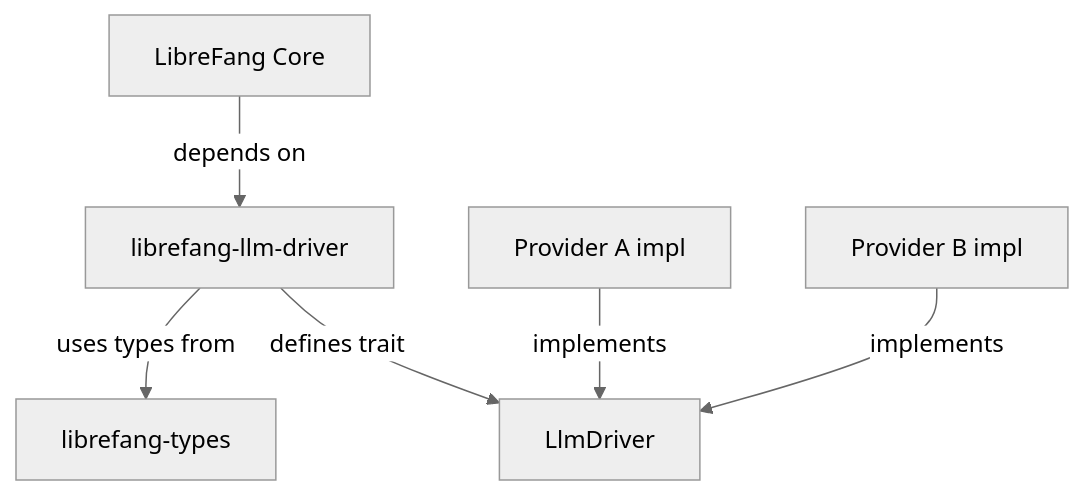
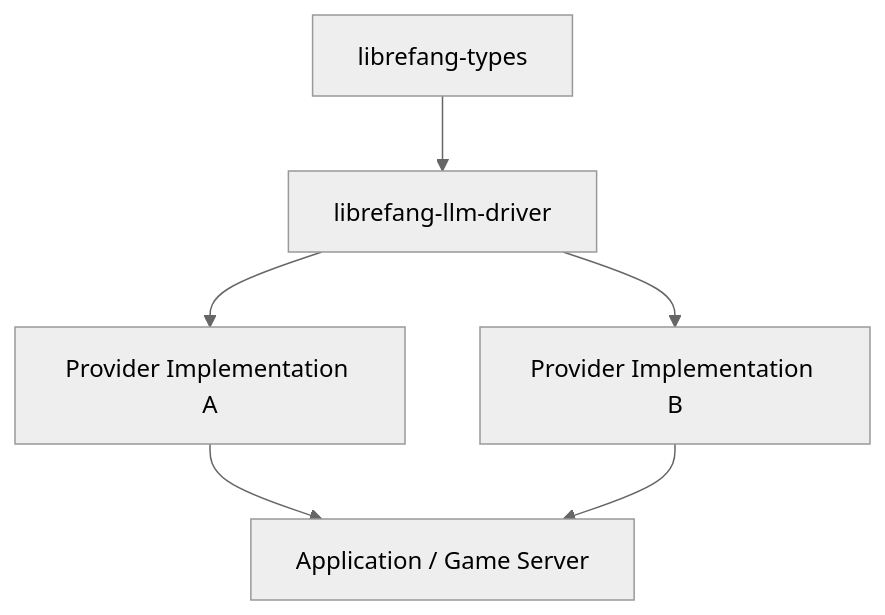
The diagram in other-librefang-llm-driver.md (leszek3737/librefang-WIki), drawn with Mermaid (neutral theme) before and after one commit. The commit also changed other lines of this file and 99 other files, not shown here.

````diff
--- a/other-librefang-llm-driver.md
+++ b/other-librefang-llm-driver.md
@@ -13,8 +25,8 @@
 ```mermaid
 graph TD
-    A[LibreFang Core] -->|depends on| B[librefang-llm-driver]
-    B -->|defines trait| C[LlmDriver]
-    D[Provider A impl] -->|implements| C
-    E[Provider B impl] -->|implements| C
-    B -->|uses types from| F[librefang-types]
+    A[librefang-types] --> B[librefang-llm-driver]
+    B --> C[Provider Implementation A]
+    B --> D[Provider Implementation B]
+    C --> E[Application / Game Server]
+    D --> E
 ```
````
